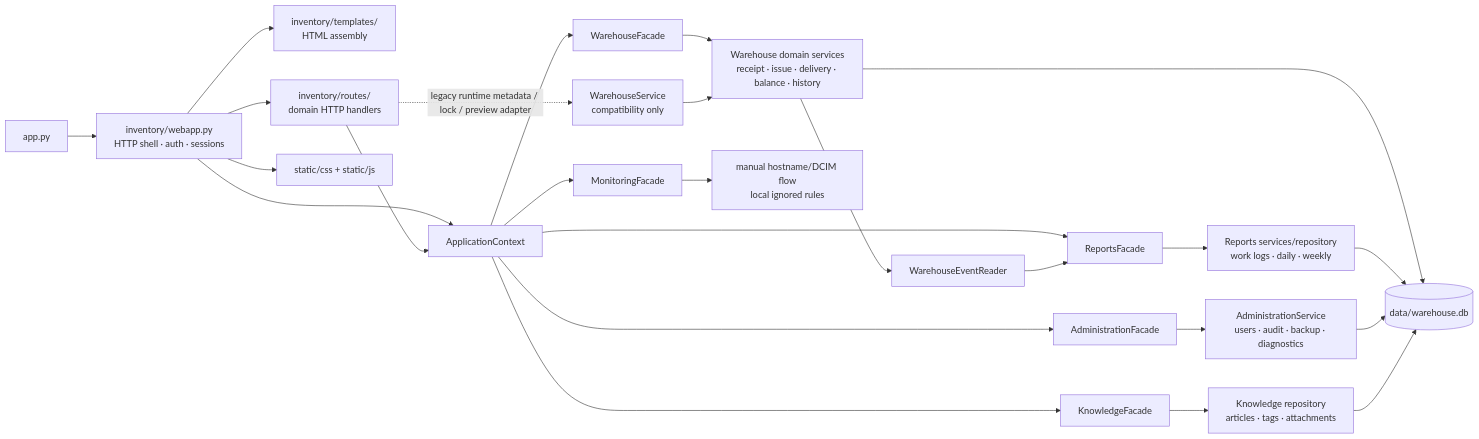
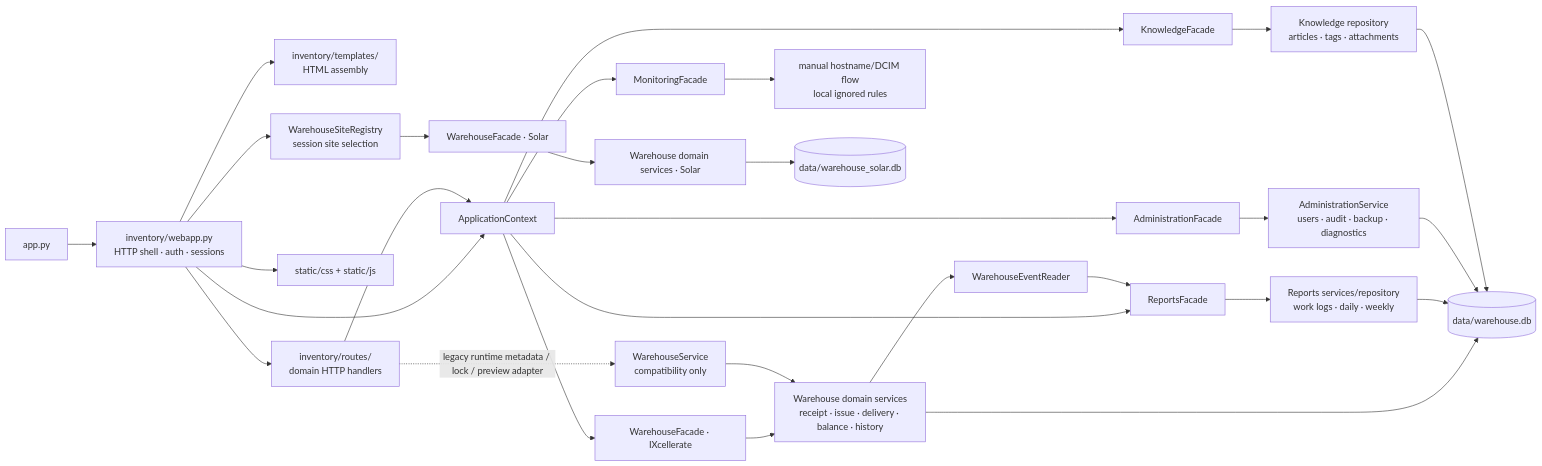
One commit to lokolis28282/prak_mai changed the first of 2 diagrams in docs/CODEBASE_GRAPH.md. Above: the diagram before and after it, drawn with Mermaid. The commit also changed other lines of this file and 40 other files, not shown here.

````diff
--- a/docs/CODEBASE_GRAPH.md
+++ b/docs/CODEBASE_GRAPH.md
@@ -21,30 +21,34 @@
 ```mermaid
 flowchart LR
   App["app.py"] --> Web["inventory/webapp.py<br/>HTTP shell · auth · sessions"]
   Web --> Templates["inventory/templates/<br/>HTML assembly"]
   Web --> Routes["inventory/routes/<br/>domain HTTP handlers"]
   Web --> Static["static/css + static/js"]
   Web --> Context["ApplicationContext"]
+  Web --> Sites["WarehouseSiteRegistry<br/>session site selection"]
 
   Routes --> Context
   Routes -. "legacy runtime metadata / lock / preview adapter" .-> Compat["WarehouseService<br/>compatibility only"]
-  Context --> W["WarehouseFacade"]
+  Context --> W["WarehouseFacade · IXcellerate"]
+  Sites --> WS["WarehouseFacade · Solar"]
   Context --> R["ReportsFacade"]
   Context --> M["MonitoringFacade"]
   Context --> K["KnowledgeFacade"]
   Context --> A["AdministrationFacade"]
 
   W --> WD["Warehouse domain services<br/>receipt · issue · delivery · balance · history"]
   R --> RD["Reports services/repository<br/>work logs · daily · weekly"]
   A --> AD["AdministrationService<br/>users · audit · backup · diagnostics"]
   K --> KD["Knowledge repository<br/>articles · tags · attachments"]
   M --> MD["manual hostname/DCIM flow<br/>local ignored rules"]
 
   WD --> DB[("data/warehouse.db")]
+  WS --> WDS["Warehouse domain services · Solar"]
+  WDS --> SDB[("data/warehouse_solar.db")]
   Compat --> WD
   RD --> DB
   AD --> DB
   KD --> DB
   WD --> Events["WarehouseEventReader"]
   Events --> R
 ```
````
